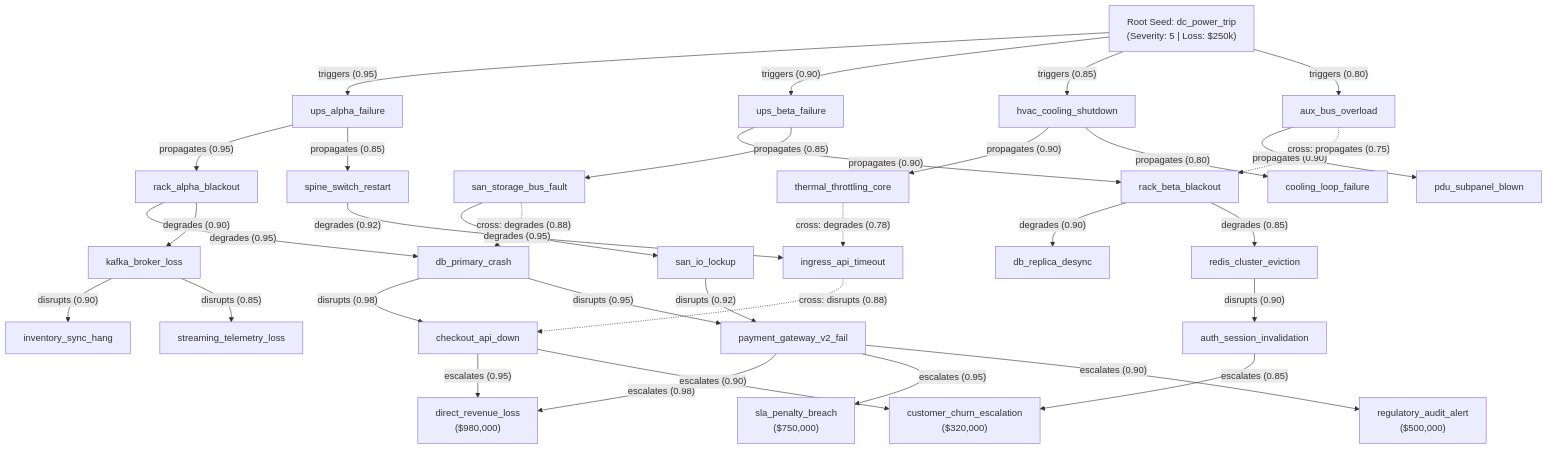
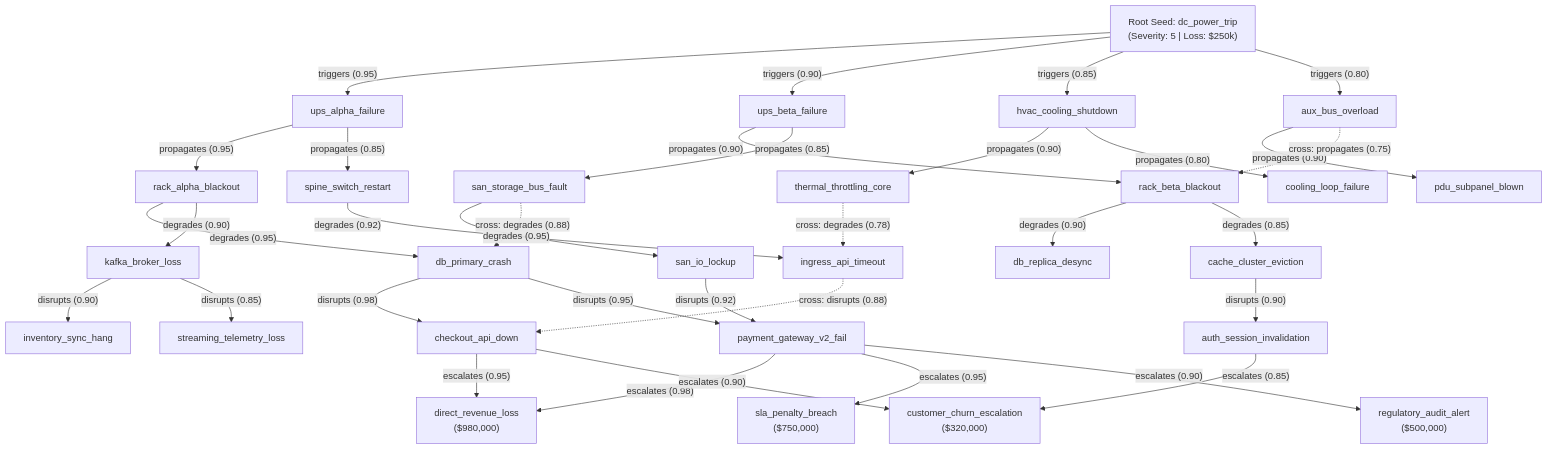
Before and after one commit to rachmanzz/anchordb: the diagram in examples/graph_traversal/README.md, drawn with Mermaid. The commit also changed 8 other files, not shown here.

````diff
--- a/examples/graph_traversal/README.md
+++ b/examples/graph_traversal/README.md
@@ -57,47 +57,47 @@
 ```mermaid
 flowchart TD
     Root["Root Seed: dc_power_trip<br/>(Severity: 5 | Loss: $250k)"]
 
     %% Hop 1: triggers
     Root -->|"triggers (0.95)"| H1_A["ups_alpha_failure"]
     Root -->|"triggers (0.90)"| H1_B["ups_beta_failure"]
     Root -->|"triggers (0.85)"| H1_C["hvac_cooling_shutdown"]
     Root -->|"triggers (0.80)"| H1_D["aux_bus_overload"]
 
     %% Hop 2: propagates
     H1_A -->|"propagates (0.95)"| H2_1["rack_alpha_blackout"]
     H1_A -->|"propagates (0.85)"| H2_3["spine_switch_restart"]
     H1_B -->|"propagates (0.90)"| H2_2["rack_beta_blackout"]
     H1_B -->|"propagates (0.85)"| H2_6["san_storage_bus_fault"]
     H1_C -->|"propagates (0.90)"| H2_4["thermal_throttling_core"]
     H1_C -->|"propagates (0.80)"| H2_5["cooling_loop_failure"]
     H1_D -->|"propagates (0.90)"| H2_7["pdu_subpanel_blown"]
     H1_D -.->|"cross: propagates (0.75)"| H2_2
 
     %% Hop 3: degrades (Convergence on core DB & Bus)
     H2_1 -->|"degrades (0.95)"| H3_1["db_primary_crash"]
     H2_1 -->|"degrades (0.90)"| H3_2["kafka_broker_loss"]
     H2_2 -->|"degrades (0.90)"| H3_3["db_replica_desync"]
-    H2_2 -->|"degrades (0.85)"| H3_4["redis_cluster_eviction"]
+    H2_2 -->|"degrades (0.85)"| H3_4["cache_cluster_eviction"]
     H2_3 -->|"degrades (0.92)"| H3_5["ingress_api_timeout"]
     H2_6 -->|"degrades (0.95)"| H3_6["san_io_lockup"]
     H2_6 -.->|"cross: degrades (0.88)"| H3_1
     H2_4 -.->|"cross: degrades (0.78)"| H3_5
 
     %% Hop 4: disrupts (Convergence on Checkout & Payment)
     H3_1 -->|"disrupts (0.98)"| H4_1["checkout_api_down"]
     H3_1 -->|"disrupts (0.95)"| H4_2["payment_gateway_v2_fail"]
     H3_6 -->|"disrupts (0.92)"| H4_2
     H3_2 -->|"disrupts (0.90)"| H4_3["inventory_sync_hang"]
     H3_2 -->|"disrupts (0.85)"| H4_4["streaming_telemetry_loss"]
     H3_5 -.->|"cross: disrupts (0.88)"| H4_1
     H3_4 -->|"disrupts (0.90)"| H4_5["auth_session_invalidation"]
 
     %% Hop 5: escalates (Enterprise Outcomes)
     H4_2 -->|"escalates (0.98)"| H5_1["direct_revenue_loss<br/>($980,000)"]
     H4_2 -->|"escalates (0.95)"| H5_2["sla_penalty_breach<br/>($750,000)"]
     H4_2 -->|"escalates (0.90)"| H5_4["regulatory_audit_alert<br/>($500,000)"]
     H4_1 -->|"escalates (0.95)"| H5_1
     H4_1 -->|"escalates (0.90)"| H5_3["customer_churn_escalation<br/>($320,000)"]
     H4_5 -->|"escalates (0.85)"| H5_3
 ```
````
